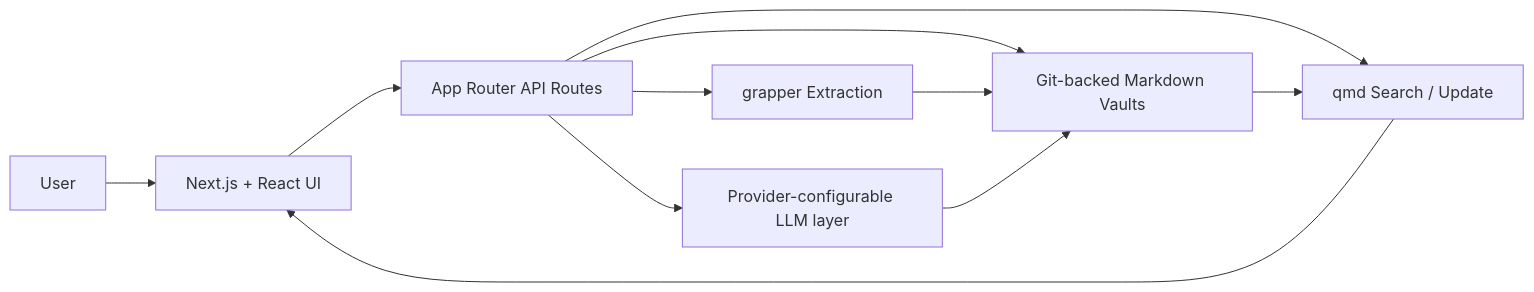
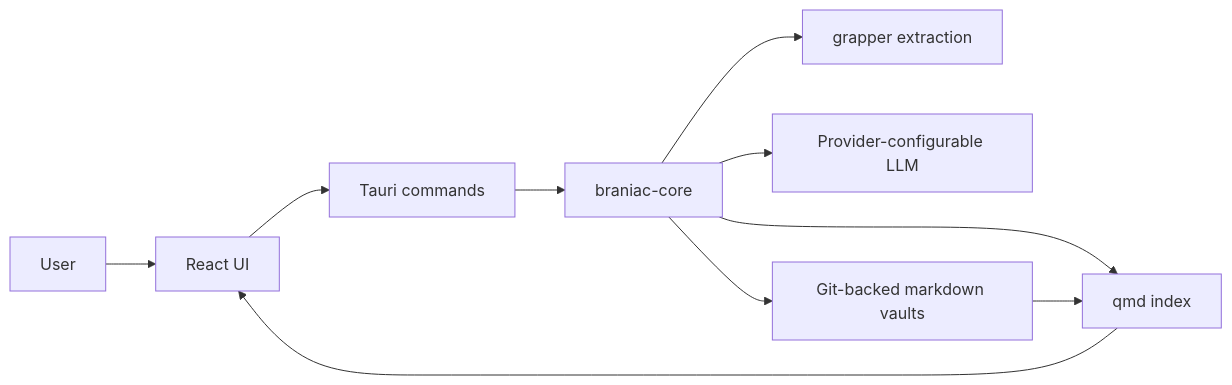
The first of 4 diagrams in docs/Architecture_and_Workflow.md (h01t/braniac), drawn with Mermaid before and after one commit. The commit also changed other lines of this file and 32 other files, not shown here.

````diff
--- a/docs/Architecture_and_Workflow.md
+++ b/docs/Architecture_and_Workflow.md
@@ -9,15 +9,12 @@
 ```mermaid
 flowchart LR
-    U["User"] --> UI["Next.js + React UI"]
-    UI --> API["App Router API Routes"]
-
-    API --> EXT["grapper Extraction"]
-    API --> LLM["Provider-configurable LLM layer"]
-    API --> QMD["qmd Search / Update"]
-    API --> VAULT["Git-backed Markdown Vaults"]
-
-    EXT --> VAULT
-    LLM --> VAULT
+    U["User"] --> UI["React UI"]
+    UI --> CMD["Tauri commands"]
+    CMD --> CORE["braniac-core"]
+    CORE --> EXT["grapper extraction"]
+    CORE --> LLM["Provider-configurable LLM"]
+    CORE --> QMD["qmd index"]
+    CORE --> VAULT["Git-backed markdown vaults"]
     VAULT --> QMD
     QMD --> UI
 ```
````
